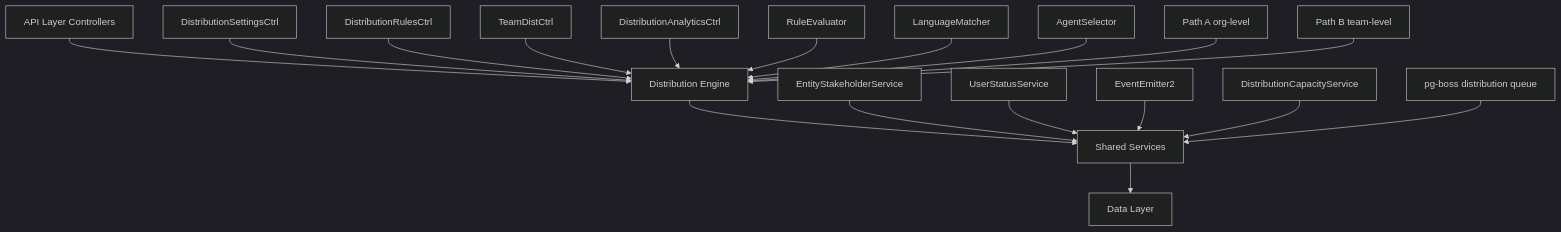
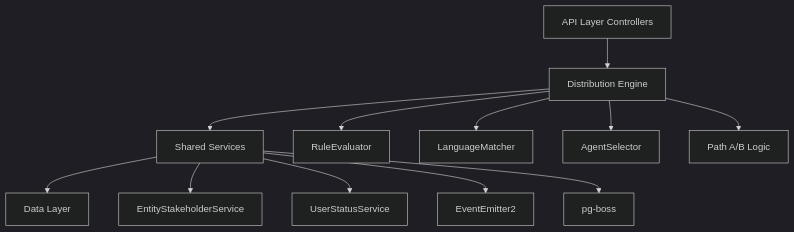
Before and after one commit to tech-propwise-org/docs: the diagram in backend/crm/distribution-module-specification-active.mdx, drawn with Mermaid (dark theme). The commit also changed other lines of this file and 61 other files, not shown here.

````diff
--- a/backend/crm/distribution-module-specification-active.mdx
+++ b/backend/crm/distribution-module-specification-active.mdx
@@ -57,23 +78,16 @@
 ```mermaid
-graph TB
+graph TD
     A[API Layer Controllers] --> B[Distribution Engine]
     B --> C[Shared Services]
     C --> D[Data Layer]
     
-    A1[DistributionSettingsCtrl] --> B
-    A2[DistributionRulesCtrl] --> B
-    A3[TeamDistCtrl] --> B
-    A4[DistributionAnalyticsCtrl] --> B
+    B --> E[RuleEvaluator]
+    B --> F[LanguageMatcher]
+    B --> G[AgentSelector]
+    B --> H[Path A/B Logic]
     
-    B1[RuleEvaluator] --> B
-    B2[LanguageMatcher] --> B
-    B3[AgentSelector] --> B
-    B4[Path A org-level] --> B
-    B5[Path B team-level] --> B
-    
-    C1[EntityStakeholderService] --> C
-    C2[UserStatusService] --> C
-    C3[EventEmitter2] --> C
-    C4[DistributionCapacityService] --> C
-    C5[pg-boss distribution queue] --> C
+    C --> I[EntityStakeholderService]
+    C --> J[UserStatusService]
+    C --> K[EventEmitter2]
+    C --> L[pg-boss]
 ```
````
